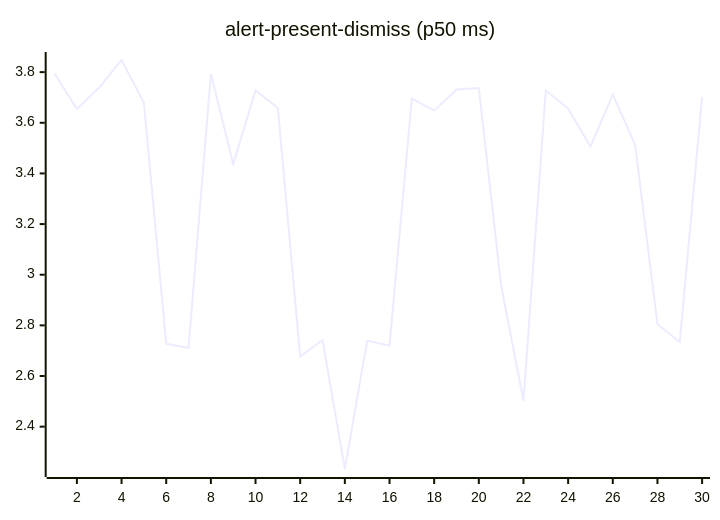
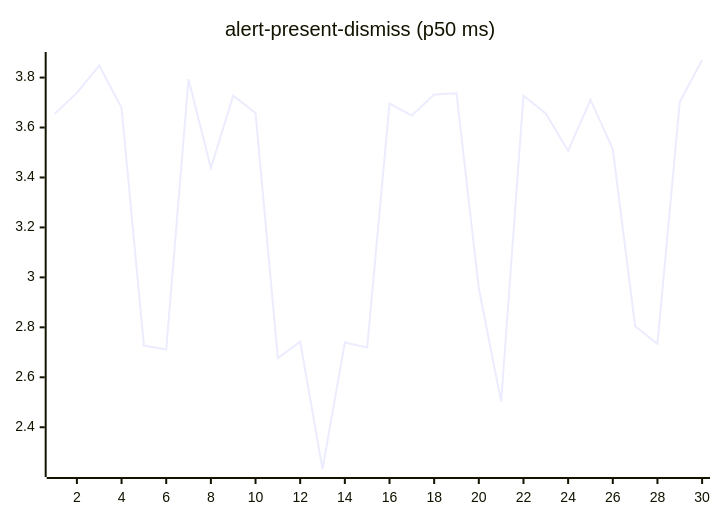
Before and after one commit to josha/Facet: the second of 27 diagrams in README.md, drawn with Mermaid. The commit also changed other lines of this file and 2 other files, not shown here.

````diff
--- a/README.md
+++ b/README.md
@@ -70,6 +70,6 @@
 ```mermaid
 xychart-beta
     title "alert-present-dismiss (p50 ms)"
     x-axis 1 --> 30
-    line [3.7942, 3.6546, 3.7386, 3.8479, 3.6788, 2.7270, 2.7111, 3.7936, 3.4376, 3.7274, 3.6582, 2.6769, 2.7425, 2.2328, 2.7393, 2.7195, 3.6955, 3.6480, 3.7318, 3.7373, 2.9562, 2.5024, 3.7273, 3.6562, 3.5064, 3.7112, 3.5136, 2.8044, 2.7337, 3.7022]
+    line [3.6546, 3.7386, 3.8479, 3.6788, 2.7270, 2.7111, 3.7936, 3.4376, 3.7274, 3.6582, 2.6769, 2.7425, 2.2328, 2.7393, 2.7195, 3.6955, 3.6480, 3.7318, 3.7373, 2.9562, 2.5024, 3.7273, 3.6562, 3.5064, 3.7112, 3.5136, 2.8044, 2.7337, 3.7022, 3.8703]
 ```
````
